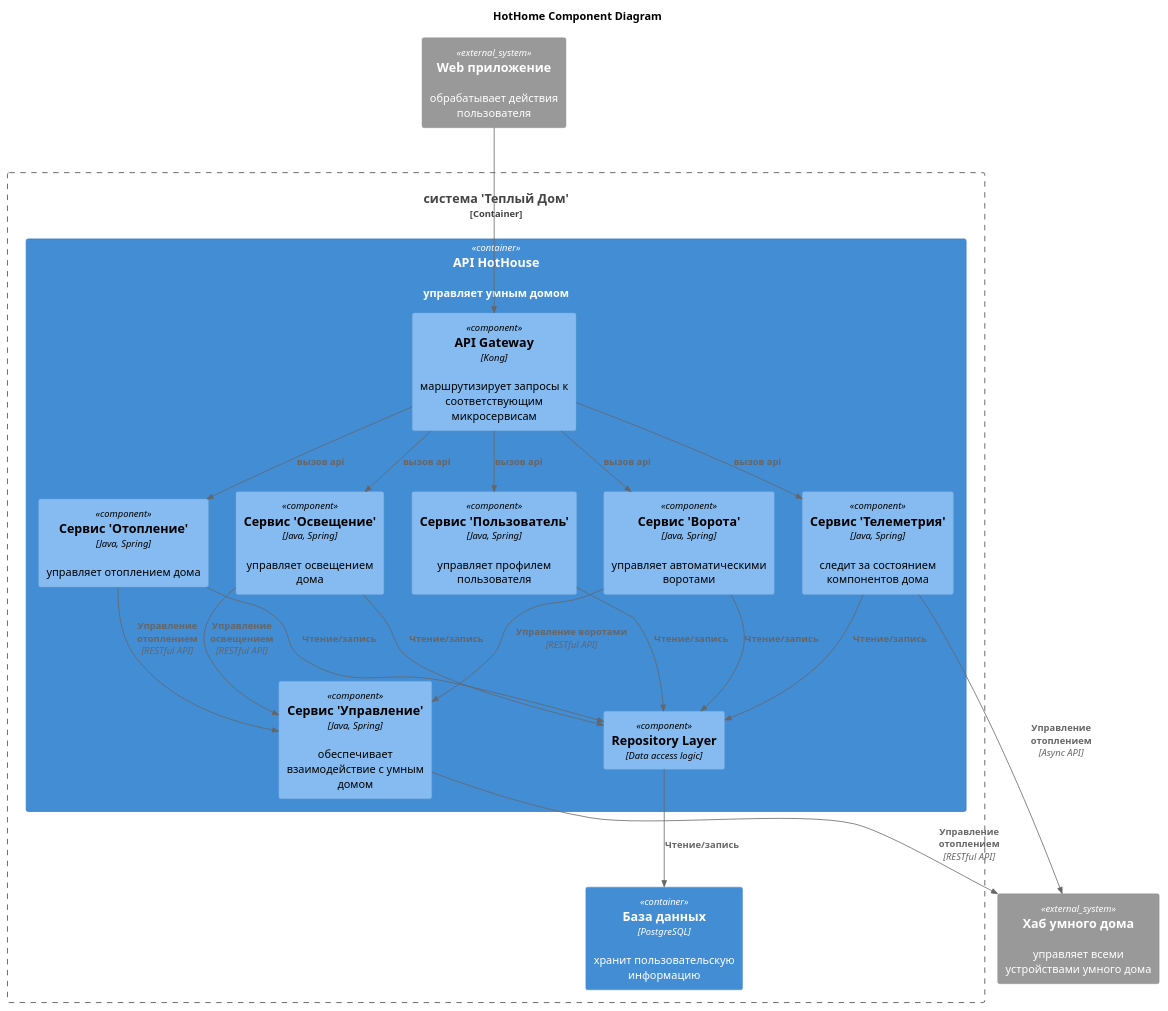
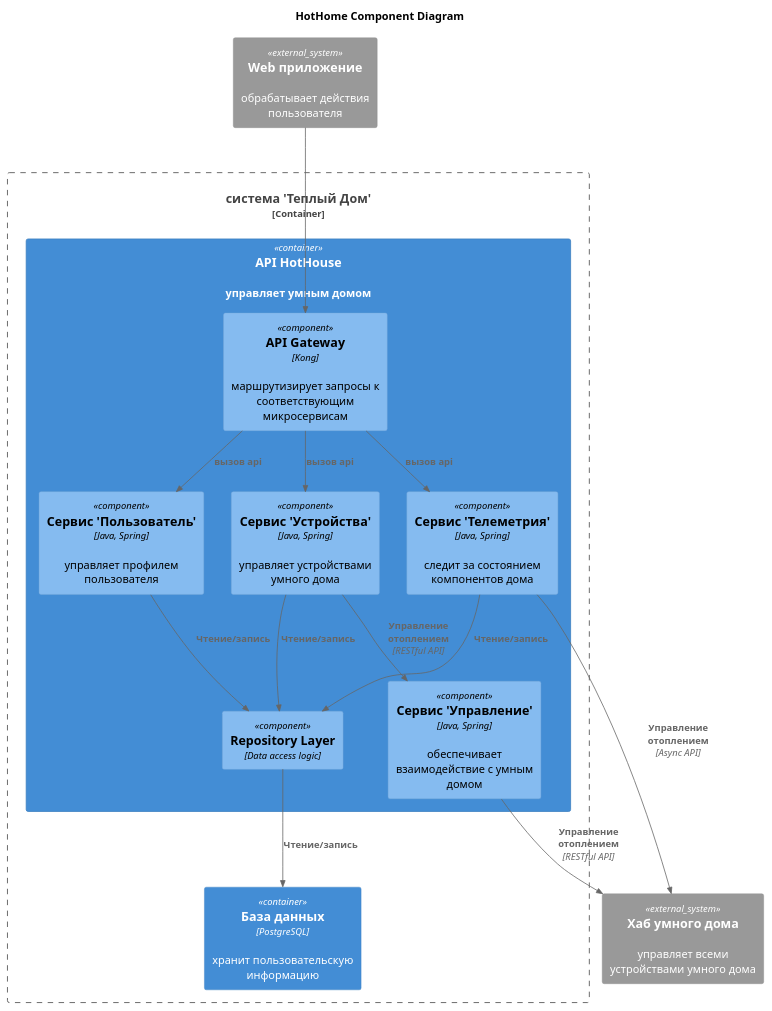
Before and after one commit to EvgeniyRybalkin/architecture-sprint-3: the diagram in docs/architecture/tobe/Component.puml, drawn with PlantUML. The commit also changed 4 other files, not shown here.

```diff
--- a/docs/architecture/tobe/Component.puml
+++ b/docs/architecture/tobe/Component.puml
@@ -1,53 +1,44 @@
 @startuml
 title HotHome Component Diagram
 
 top to bottom direction
 
 !includeurl https://raw.githubusercontent.com/RicardoNiepel/C4-PlantUML/master/C4_Component.puml
 
 Container_Boundary(HotHouse, "система 'Теплый Дом'") {
     Container(ApiHotHouse, "API HotHouse", "", "управляет умным домом")
     Container(Database, "База данных", "PostgreSQL", "хранит пользовательскую информацию")
 }
 
 System_Ext(WebApp, "Web приложение", "обрабатывает действия пользователя")
 System_Ext(HouseHub, "Хаб умного дома", "управляет всеми устройствами умного дома")
 
 
 Container(ApiHotHouse, "Сервис 'Отопление'", "Java, Spring") {
   Component(ApiGateway, "API Gateway", "Kong", "маршрутизирует запросы к соответствующим микросервисам")
 
   Component(HouseUser, "Сервис 'Пользователь'", "Java, Spring", "управляет профилем пользователя")
-  Component(HouseHeating, "Сервис 'Отопление'", "Java, Spring", "управляет отоплением дома")
-  Component(HouseLighting, "Сервис 'Освещение'", "Java, Spring", "управляет освещением дома")
-  Component(HouseGate, "Сервис 'Ворота'", "Java, Spring", "управляет автоматическими воротами")
+  Component(HouseDevices, "Сервис 'Устройства'", "Java, Spring", "управляет устройствами умного дома")
   Component(HouseTelemetry, "Сервис 'Телеметрия'", "Java, Spring", "следит за состоянием компонентов дома")
   Component(HouseController, "Сервис 'Управление'", "Java, Spring", "обеспечивает взаимодействие с умным домом")
-
 
   Component(RepositoryLayer, "Repository Layer", "Data access logic")
 }
 
 Rel(WebApp,ApiGateway,"")
 
 
 Rel(ApiGateway,HouseUser,"вызов api")
-Rel(ApiGateway,HouseHeating,"вызов api")
-Rel(ApiGateway,HouseLighting,"вызов api")
-Rel(ApiGateway,HouseGate,"вызов api")
+Rel(ApiGateway,HouseDevices,"вызов api")
 Rel(ApiGateway,HouseTelemetry,"вызов api")
 
-Rel(HouseHeating,    HouseController,"Управление отоплением", "RESTful API")
-Rel(HouseLighting,   HouseController,"Управление освещением", "RESTful API")
-Rel(HouseGate,       HouseController,"Управление воротами", "RESTful API")
+Rel(HouseDevices,    HouseController,"Управление отоплением", "RESTful API")
 
 Rel(HouseTelemetry,  HouseHub,"Управление отоплением", "Async API")
 Rel(HouseController,  HouseHub,"Управление отоплением", "RESTful API")
 
 Rel(HouseUser,RepositoryLayer,"Чтение/запись")
-Rel(HouseHeating,RepositoryLayer,"Чтение/запись")
-Rel(HouseLighting,RepositoryLayer,"Чтение/запись")
-Rel(HouseGate,RepositoryLayer,"Чтение/запись")
+Rel(HouseDevices,RepositoryLayer,"Чтение/запись")
 Rel(HouseTelemetry,RepositoryLayer,"Чтение/запись")
 Rel(RepositoryLayer,Database,"Чтение/запись")
 @enduml
```
